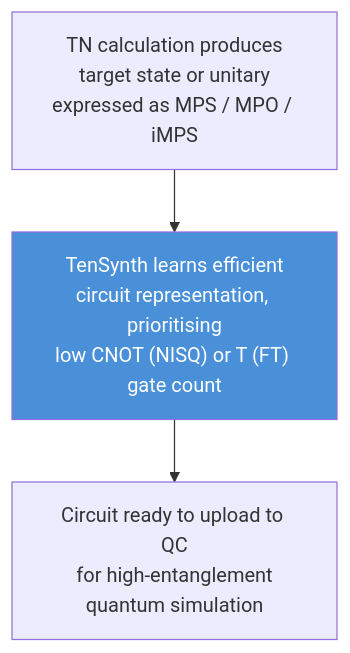
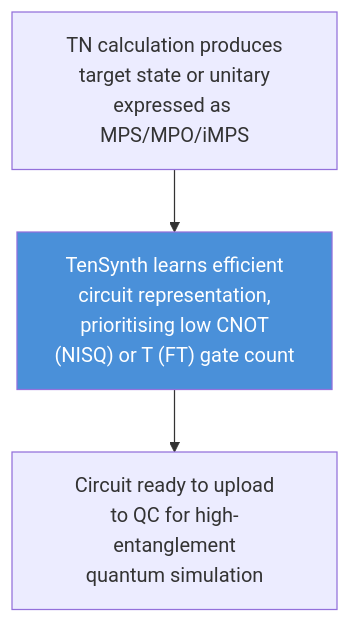
One commit to GibbsJR/TenSynth changed the diagram in README.md. Above: the diagram before and after it, drawn with Mermaid.

Commit message:
Rebalance mermaid flowchart line lengths for even text distribution

````diff
--- a/README.md
+++ b/README.md
@@ -9,7 +9,7 @@
 ```mermaid
 graph TD
-    A["TN calculation produces<br/>target state or unitary<br/>expressed as MPS / MPO / iMPS"]
-    A --> B["TenSynth learns efficient<br/>circuit representation, prioritising<br/>low CNOT (NISQ) or T (FT) gate count"]
-    B --> C["Circuit ready to upload to QC<br/>for high-entanglement<br/>quantum simulation"]
+    A["TN calculation produces<br/>target state or unitary<br/>expressed as MPS/MPO/iMPS"]
+    A --> B["TenSynth learns efficient<br/>circuit representation,<br/>prioritising low CNOT<br/>(NISQ) or T (FT) gate count"]
+    B --> C["Circuit ready to upload<br/>to QC for high-entanglement<br/>quantum simulation"]
     style B fill:#4a90d9,color:#fff
 ```
````
